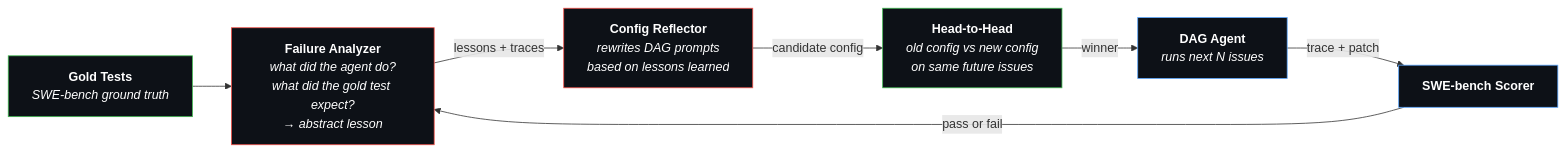
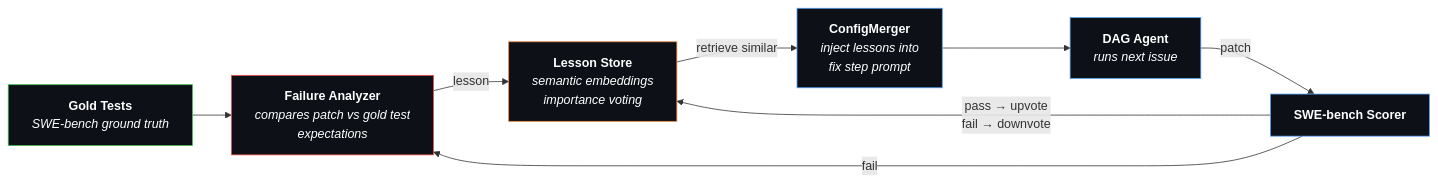
The diagram in README.md (Midas-Agent-Dev/midas-agent), drawn with Mermaid before and after one commit. The commit also changed other lines of this file, not shown here.

First line of the commit message:
Rewrite README: ExpeL lesson store + GEPA inspiration

````diff
--- a/README.md
+++ b/README.md
@@ -32,16 +32,17 @@
 ```mermaid
 flowchart LR
     GS["<b>Gold Tests</b><br/><i>SWE-bench ground truth</i>"] --> FA
-    FA["<b>Failure Analyzer</b><br/><i>what did the agent do?</i><br/><i>what did the gold test expect?</i><br/><i>→ abstract lesson</i>"] -->|"lessons + traces"| CR
-    CR["<b>Config Reflector</b><br/><i>rewrites DAG prompts</i><br/><i>based on lessons learned</i>"] -->|"candidate config"| HH
-    HH["<b>Head-to-Head</b><br/><i>old config vs new config</i><br/><i>on same future issues</i>"] -->|"winner"| DA
-    DA["<b>DAG Agent</b><br/><i>runs next N issues</i>"] -->|"trace + patch"| SC
-    SC["<b>SWE-bench Scorer</b>"] -->|"pass or fail"| FA
+    FA["<b>Failure Analyzer</b><br/><i>compares patch vs gold test</i><br/><i>expectations</i>"] -->|"lesson"| LS
+    LS["<b>Lesson Store</b><br/><i>semantic embeddings</i><br/><i>importance voting</i>"] -->|"retrieve similar"| CM
+    CM["<b>ConfigMerger</b><br/><i>inject lessons into</i><br/><i>fix step prompt</i>"] --> DA
+    DA["<b>DAG Agent</b><br/><i>runs next issue</i>"] -->|"patch"| SC
+    SC["<b>SWE-bench Scorer</b>"] -->|"pass → upvote<br/>fail → downvote"| LS
+    SC -->|"fail"| FA
 
     style GS fill:#0d1117,stroke:#3fb950,color:#fff
     style FA fill:#0d1117,stroke:#f85149,color:#fff
-    style CR fill:#0d1117,stroke:#f85149,color:#fff
-    style HH fill:#0d1117,stroke:#3fb950,color:#fff
+    style LS fill:#0d1117,stroke:#f0883e,color:#fff
+    style CM fill:#0d1117,stroke:#58a6ff,color:#fff
     style DA fill:#0d1117,stroke:#58a6ff,color:#fff
     style SC fill:#0d1117,stroke:#58a6ff,color:#fff
 ```
````
